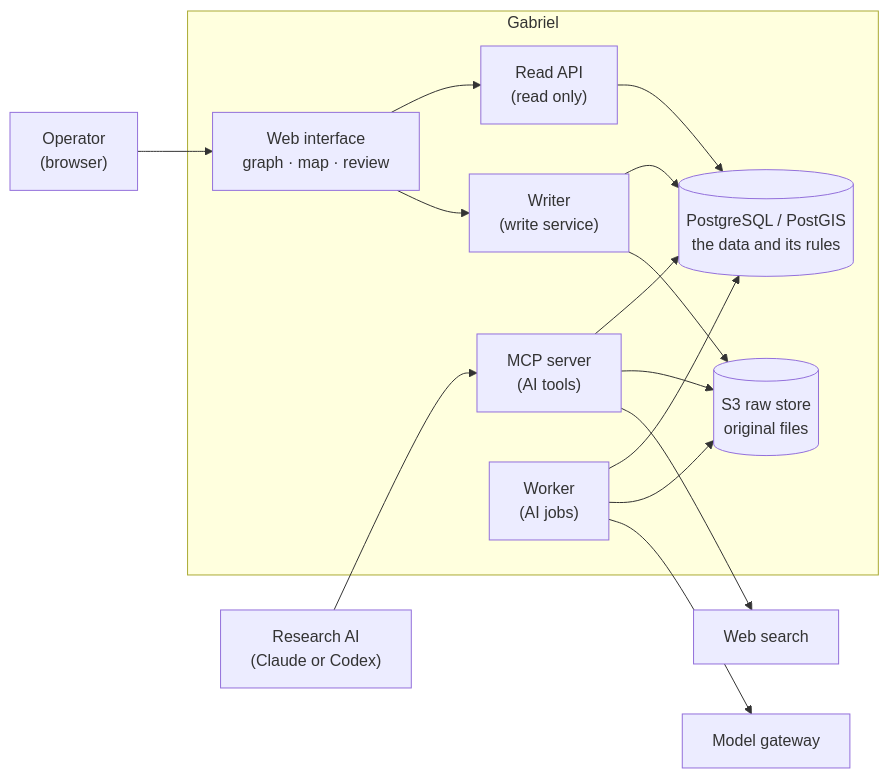
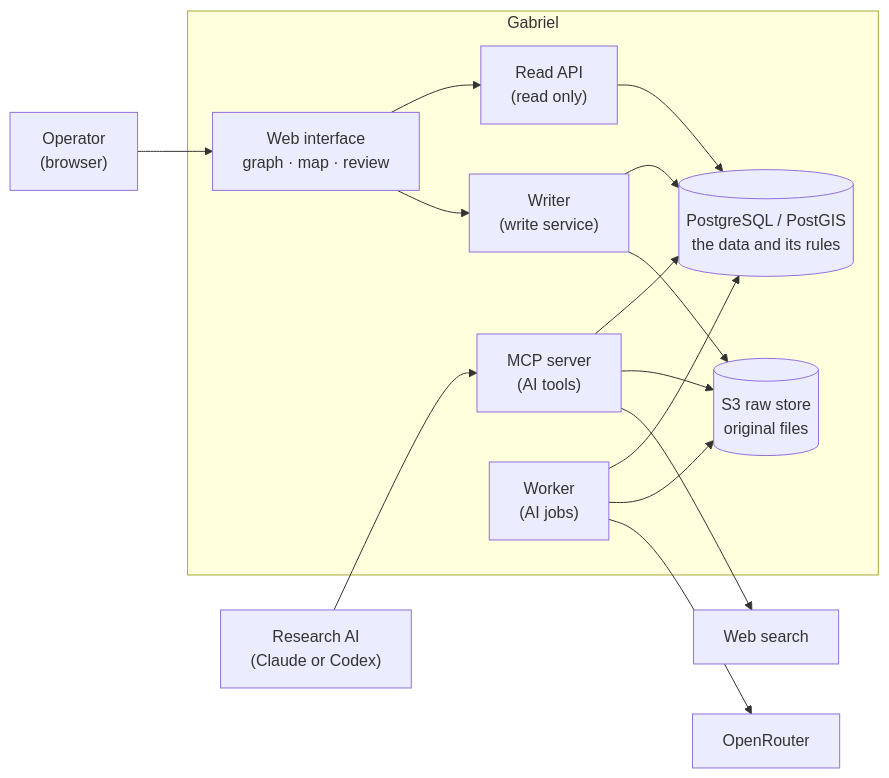
One commit to gabriel-neutron/GAB changed the diagram in docs/spec.md. Above: the diagram before and after it, drawn with Mermaid. The commit also changed other lines of this file and 26 other files, not shown here.

First line of the commit message:
feat(model): the back-end AI calls OpenRouter only, with a paid key

````diff
--- a/docs/spec.md
+++ b/docs/spec.md
@@ -9,29 +9,29 @@
 ```mermaid
 flowchart LR
     OP["Operator<br/>(browser)"]
     AI["Research AI<br/>(Claude or Codex)"]
 
     subgraph APP["Gabriel"]
         UI["Web interface<br/>graph · map · review"]
         READ["Read API<br/>(read only)"]
         WRITE["Writer<br/>(write service)"]
         MCP["MCP server<br/>(AI tools)"]
         WORK["Worker<br/>(AI jobs)"]
         DB[("PostgreSQL / PostGIS<br/>the data and its rules")]
         RAW[("S3 raw store<br/>original files")]
     end
 
-    MODEL["Model gateway"]
+    MODEL["OpenRouter"]
     SEARCH["Web search"]
 
     OP --> UI
     UI --> READ --> DB
     UI --> WRITE --> DB
     WRITE --> RAW
     AI --> MCP --> DB
     MCP --> RAW
     MCP --> SEARCH
     WORK --> DB
     WORK --> RAW
     WORK --> MODEL
 ```
````
